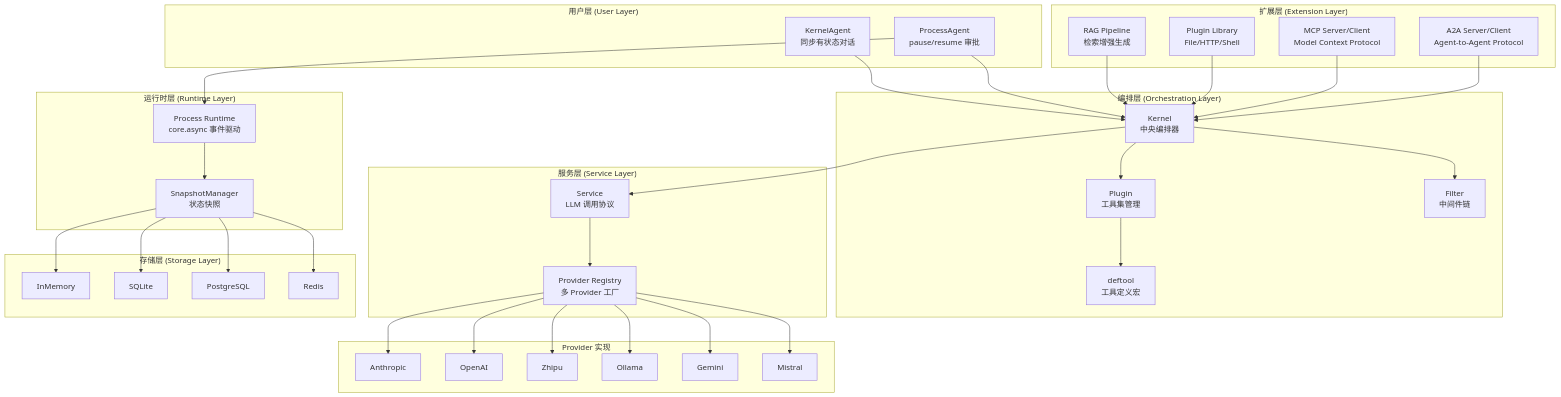
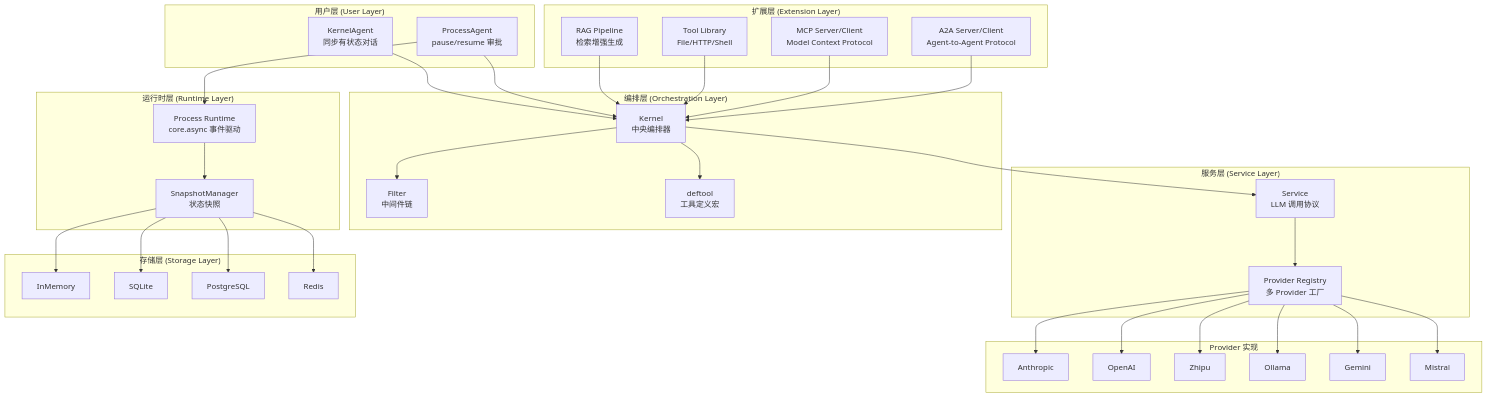
Before and after one commit to TTalkPro/clj-agent: the first of 2 diagrams in README.md, drawn with Mermaid. The commit also changed other lines of this file and 34 other files, not shown here.

````diff
--- a/README.md
+++ b/README.md
@@ -55,63 +54,61 @@
 ```mermaid
 graph TB
     subgraph "用户层 (User Layer)"
         KA[KernelAgent<br/>同步有状态对话]
         PA[ProcessAgent<br/>pause/resume 审批]
     end
 
     subgraph "编排层 (Orchestration Layer)"
         K[Kernel<br/>中央编排器]
-        P[Plugin<br/>工具集管理]
         F[Filter<br/>中间件链]
         T[deftool<br/>工具定义宏]
     end
 
     subgraph "服务层 (Service Layer)"
         S[Service<br/>LLM 调用协议]
         PR[Provider Registry<br/>多 Provider 工厂]
     end
 
     subgraph "Provider 实现"
         AN[Anthropic]
         OA[OpenAI]
         ZP[Zhipu]
         OL[Ollama]
         GM[Gemini]
         MS[Mistral]
     end
 
     subgraph "运行时层 (Runtime Layer)"
         RT[Process Runtime<br/>core.async 事件驱动]
         SM[SnapshotManager<br/>状态快照]
     end
 
     subgraph "存储层 (Storage Layer)"
         MEM[InMemory]
         SQL[SQLite]
         PG[PostgreSQL]
         RD[Redis]
     end
 
     subgraph "扩展层 (Extension Layer)"
         RAG[RAG Pipeline<br/>检索增强生成]
         MCP[MCP Server/Client<br/>Model Context Protocol]
         A2A[A2A Server/Client<br/>Agent-to-Agent Protocol]
-        PLG[Plugin Library<br/>File/HTTP/Shell]
+        PLG[Tool Library<br/>File/HTTP/Shell]
     end
 
     KA --> K
     PA --> K
     PA --> RT
-    K --> P
+    K --> T
     K --> F
     K --> S
-    P --> T
     S --> PR
     PR --> AN & OA & ZP & OL & GM & MS
     RT --> SM
     SM --> MEM & SQL & PG & RD
     RAG --> K
     PLG --> K
     MCP --> K
     A2A --> K
 ```
````
